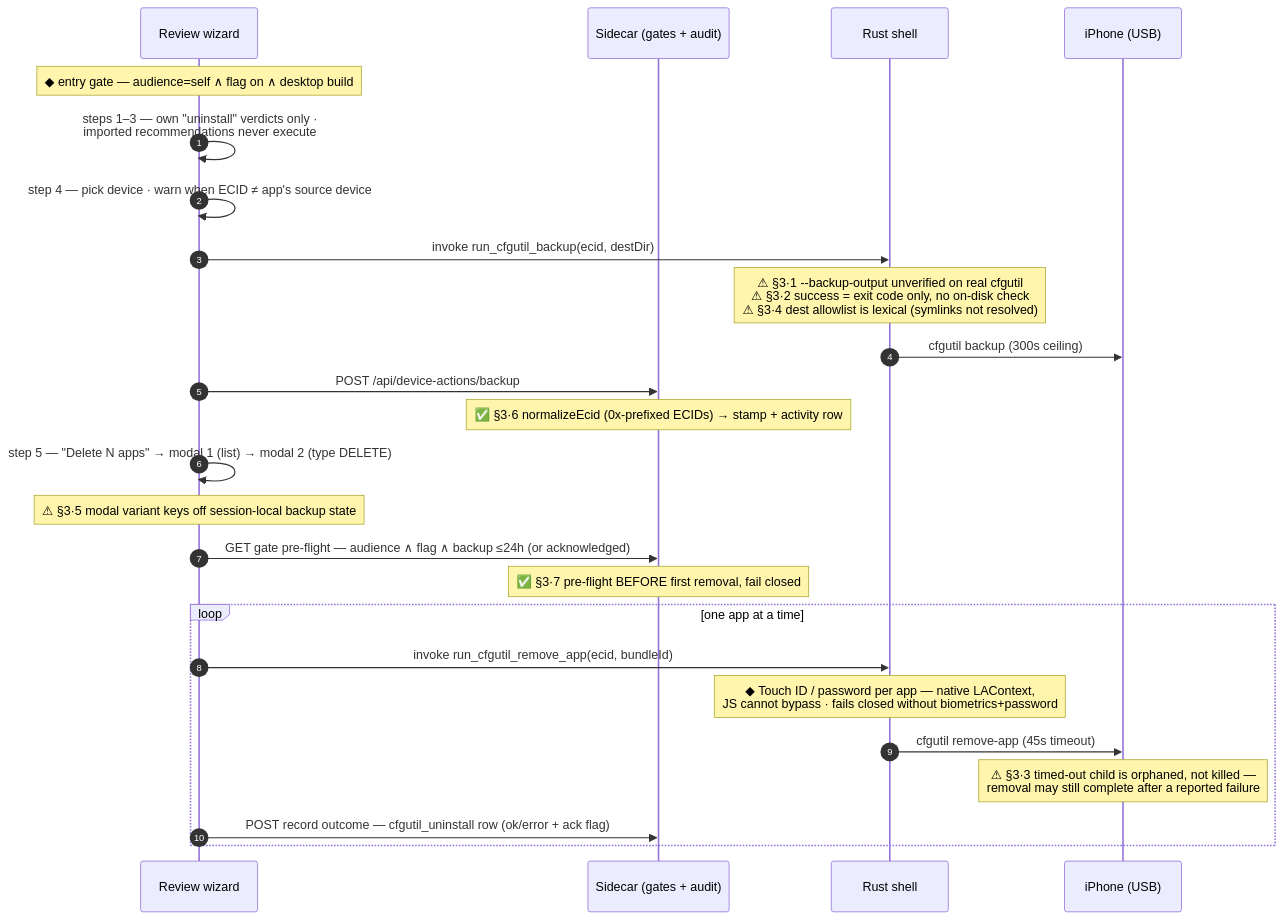
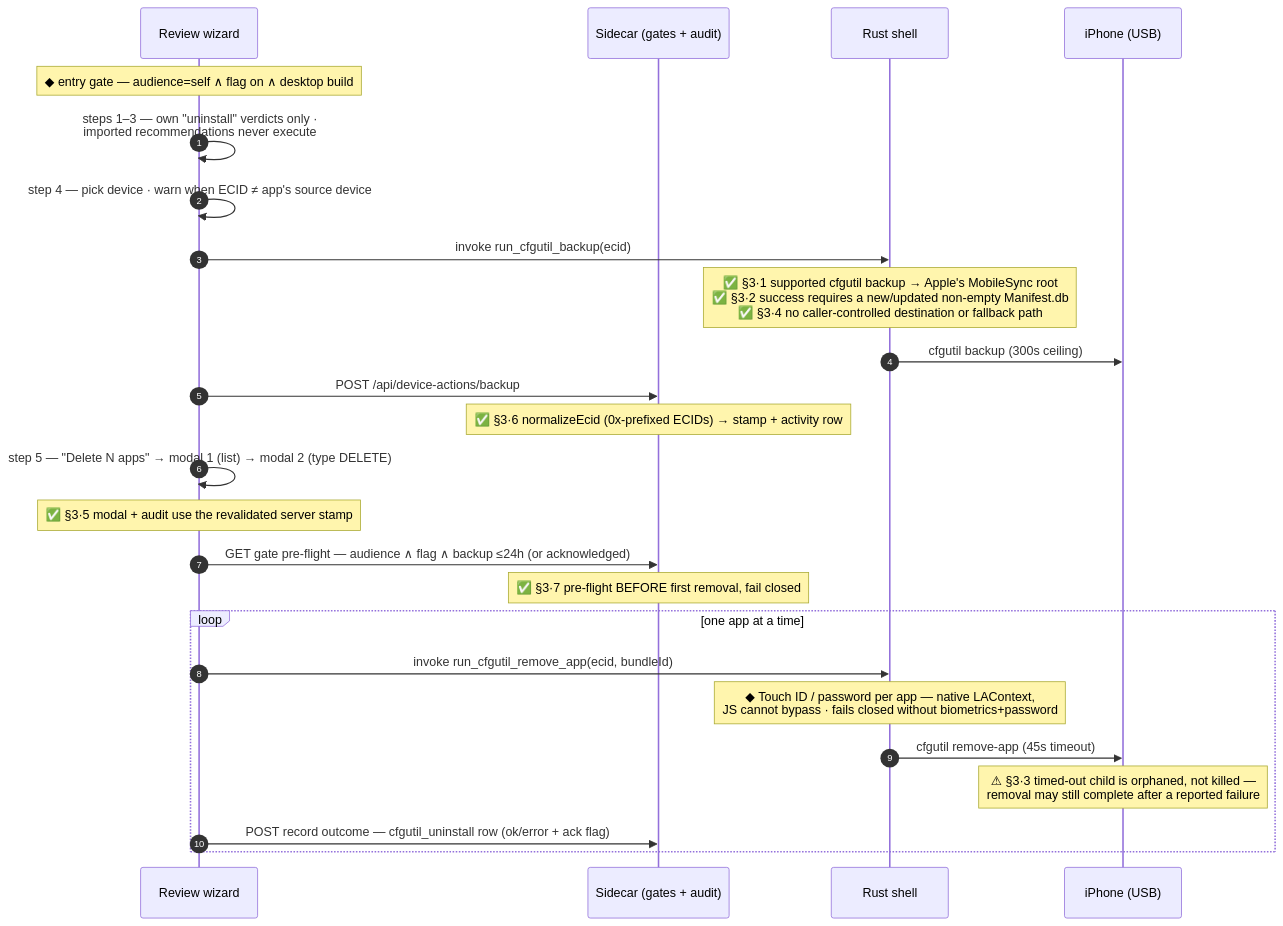
Before and after one commit to privacykey/privacytracker: the fourth of 7 diagrams in docs/ARCHITECTURE.md, drawn with Mermaid. The commit also changed other lines of this file and 21 other files, not shown here.

````diff
--- a/docs/ARCHITECTURE.md
+++ b/docs/ARCHITECTURE.md
@@ -136,28 +136,28 @@
 ```mermaid
 sequenceDiagram
   autonumber
   participant WIZ as Review wizard
   participant API as Sidecar (gates + audit)
   participant SH as Rust shell
   participant PH as iPhone (USB)
 
   Note over WIZ: ◆ entry gate — audience=self ∧ flag on ∧ desktop build
   WIZ->>WIZ: steps 1–3 — own "uninstall" verdicts only ·<br/>imported recommendations never execute
   WIZ->>WIZ: step 4 — pick device · warn when ECID ≠ app's source device
-  WIZ->>SH: invoke run_cfgutil_backup(ecid, destDir)
-  Note over SH: ⚠ §3·1 --backup-output unverified on real cfgutil<br/>⚠ §3·2 success = exit code only, no on-disk check<br/>⚠ §3·4 dest allowlist is lexical (symlinks not resolved)
+  WIZ->>SH: invoke run_cfgutil_backup(ecid)
+  Note over SH: ✅ §3·1 supported cfgutil backup → Apple's MobileSync root<br/>✅ §3·2 success requires a new/updated non-empty Manifest.db<br/>✅ §3·4 no caller-controlled destination or fallback path
   SH->>PH: cfgutil backup (300s ceiling)
   WIZ->>API: POST /api/device-actions/backup
   Note over API: ✅ §3·6 normalizeEcid (0x-prefixed ECIDs) → stamp + activity row
   WIZ->>WIZ: step 5 — "Delete N apps" → modal 1 (list) → modal 2 (type DELETE)
-  Note over WIZ: ⚠ §3·5 modal variant keys off session-local backup state
+  Note over WIZ: ✅ §3·5 modal + audit use the revalidated server stamp
   WIZ->>API: GET gate pre-flight — audience ∧ flag ∧ backup ≤24h (or acknowledged)
   Note over API: ✅ §3·7 pre-flight BEFORE first removal, fail closed
   loop one app at a time
     WIZ->>SH: invoke run_cfgutil_remove_app(ecid, bundleId)
     Note over SH: ◆ Touch ID / password per app — native LAContext,<br/>JS cannot bypass · fails closed without biometrics+password
     SH->>PH: cfgutil remove-app (45s timeout)
     Note over PH: ⚠ §3·3 timed-out child is orphaned, not killed —<br/>removal may still complete after a reported failure
     WIZ->>API: POST record outcome — cfgutil_uninstall row (ok/error + ack flag)
   end
 ```
````
